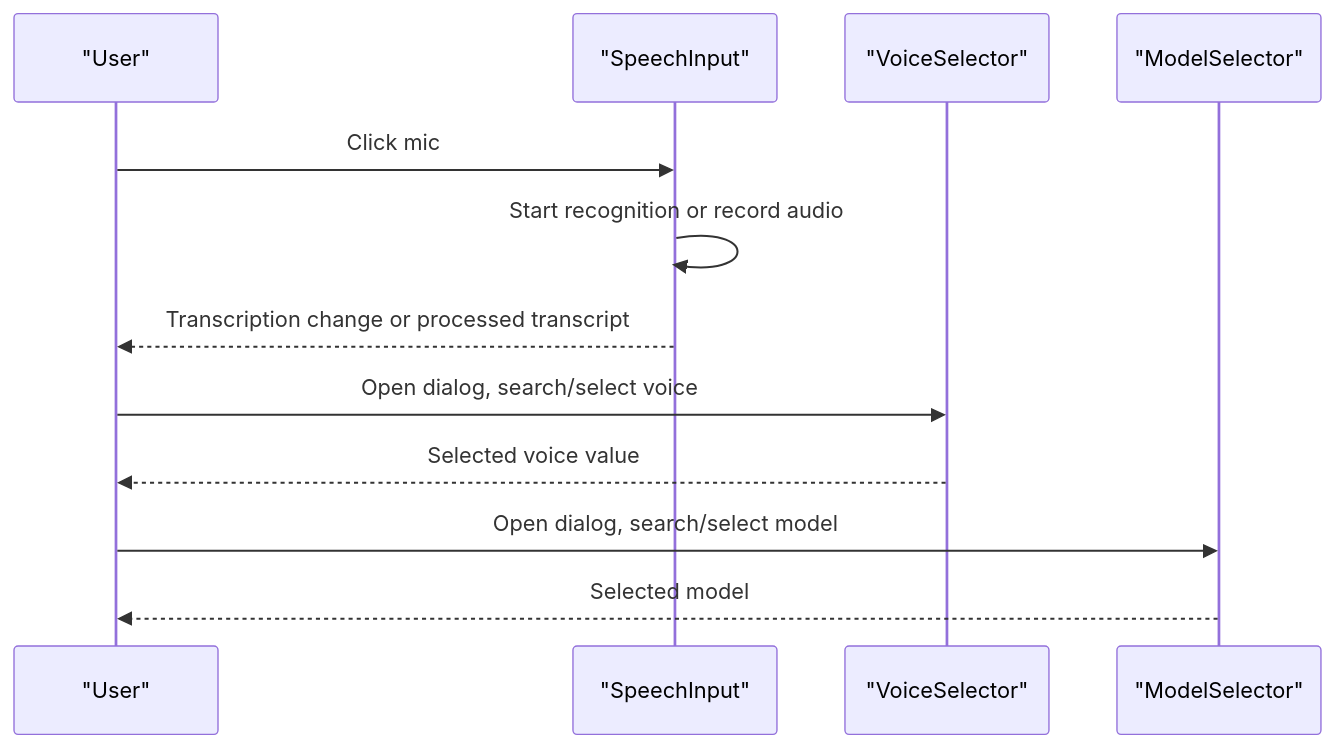
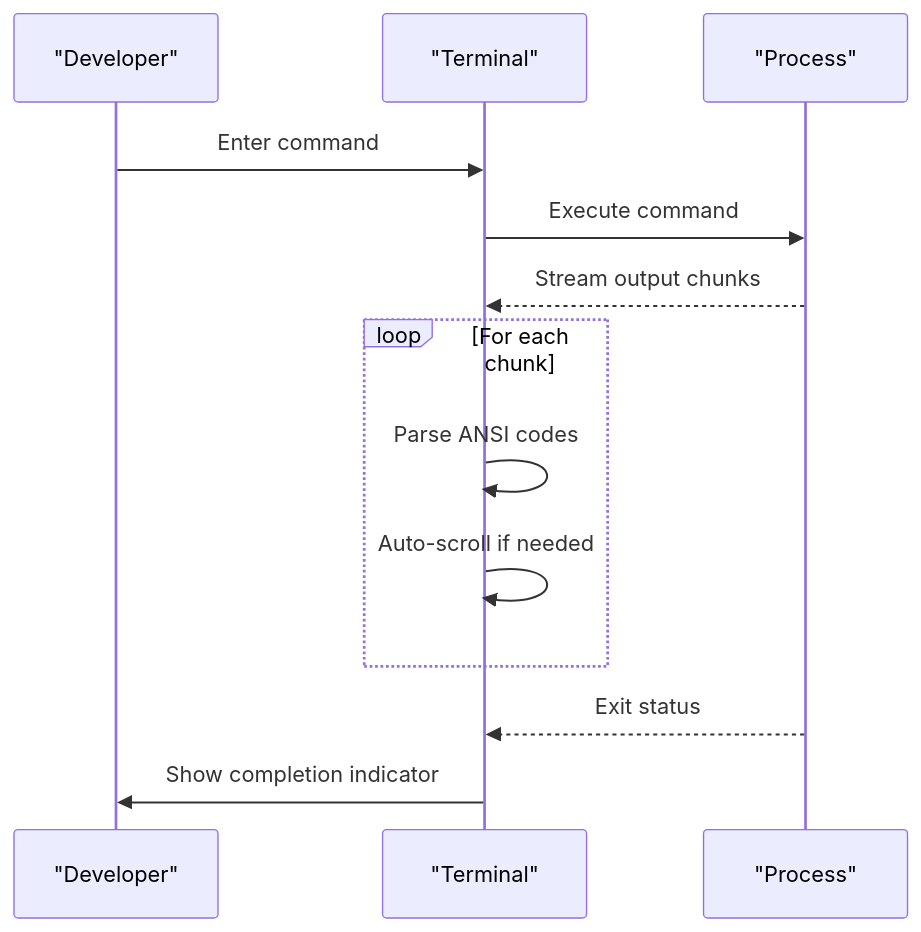
One commit to MudassarAbrar/FreshRoute-Ai changed the fifth of 8 diagrams in .qoder/repowiki/en/content/AI Integration/AI Elements Interface.md. Above: the diagram before and after it, drawn with Mermaid. The commit also changed other lines of this file and 105 other files, not shown here.

````diff
--- a/.qoder/repowiki/en/content/AI Integration/AI Elements Interface.md
+++ b/.qoder/repowiki/en/content/AI Integration/AI Elements Interface.md
@@ -277,14 +360,15 @@
 ```mermaid
 sequenceDiagram
-participant U as "User"
-participant SI as "SpeechInput"
-participant VS as "VoiceSelector"
-participant MS as "ModelSelector"
-U->>SI : Click mic
-SI->>SI : Start recognition or record audio
-SI-->>U : Transcription change or processed transcript
-U->>VS : Open dialog, search/select voice
-VS-->>U : Selected voice value
-U->>MS : Open dialog, search/select model
-MS-->>U : Selected model
+participant Dev as "Developer"
+participant TERM as "Terminal"
+participant PROC as "Process"
+Dev->>TERM : Enter command
+TERM->>PROC : Execute command
+PROC-->>TERM : Stream output chunks
+loop For each chunk
+TERM->>TERM : Parse ANSI codes
+TERM->>TERM : Auto-scroll if needed
+end
+PROC-->>TERM : Exit status
+TERM->>Dev : Show completion indicator
 ```
````
